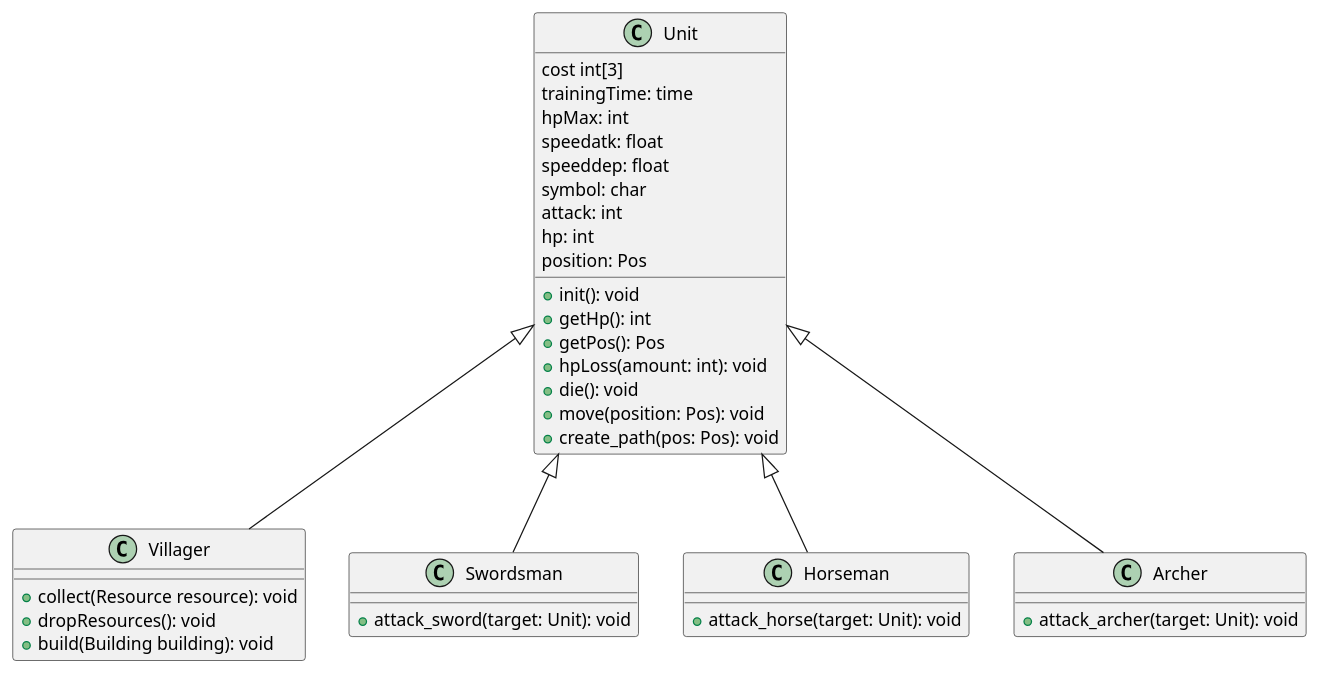
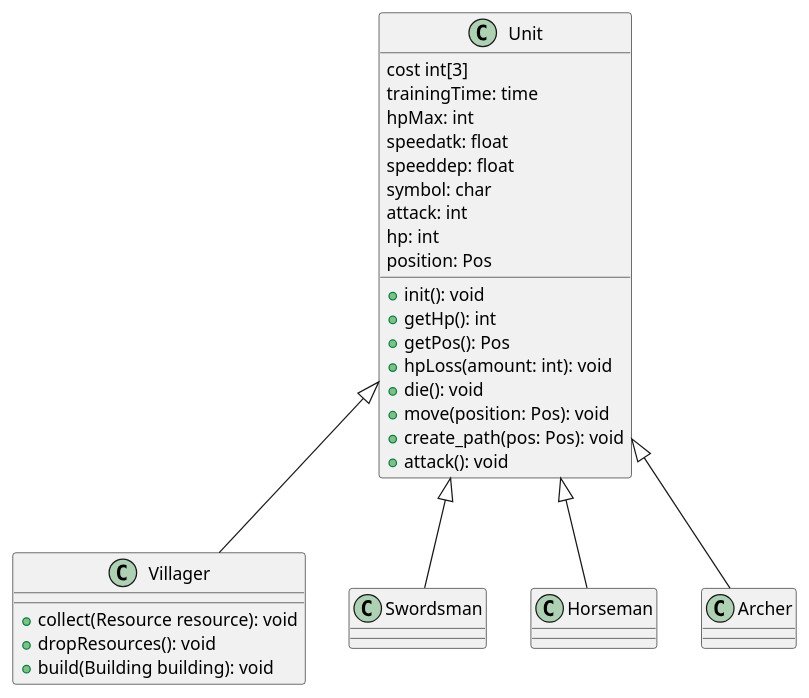
Before and after one commit to clementledo/Python-projet: the diagram in Diagram/Unit.wsd, drawn with PlantUML.

```diff
--- a/Diagram/Unit.wsd
+++ b/Diagram/Unit.wsd
@@ -1,41 +1,39 @@
 @startuml
 class Unit {
   cost int[3]
   trainingTime: time
   hpMax: int
   speedatk: float
   speeddep: float
   symbol: char
   attack: int
   hp: int
   position: Pos
   
   +init(): void
   +getHp(): int
   +getPos(): Pos
   +hpLoss(amount: int): void
   +die(): void
   +move(position: Pos): void
   +create_path(pos: Pos): void
+  +attack(): void
 }
 
 class Villager extends Unit {
   +collect(Resource resource): void
   +dropResources(): void
   +build(Building building): void
 }
 
 class Swordsman extends Unit {
-  +attack_sword(target: Unit): void
 }
 
 class Horseman extends Unit {
-  +attack_horse(target: Unit): void
 }
 
 class Archer extends Unit {
-  +attack_archer(target: Unit): void
 }
 
 
 @enduml
```
